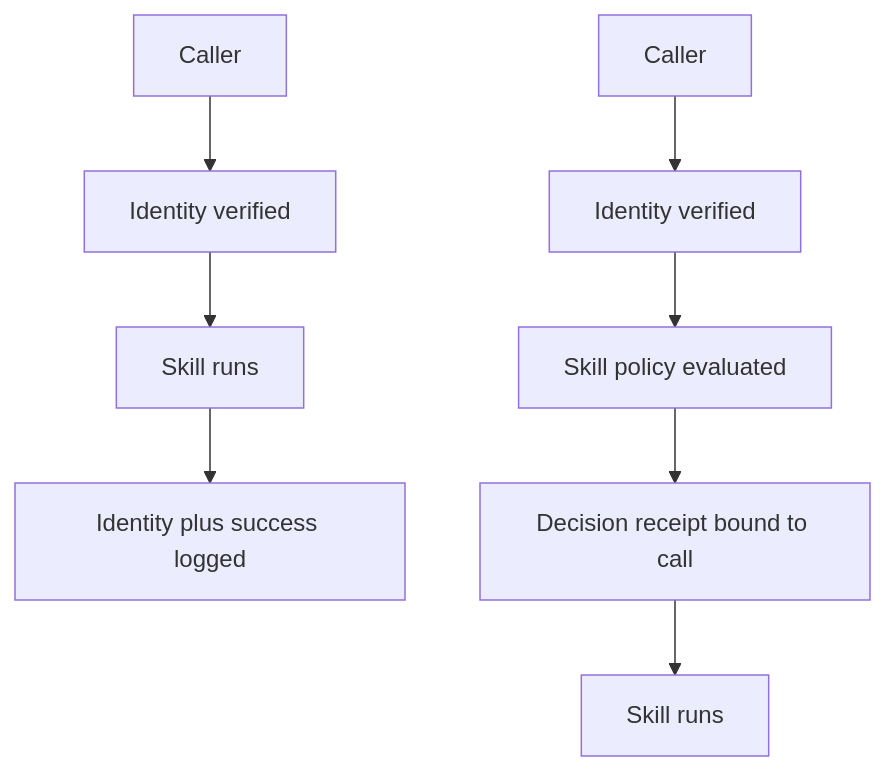
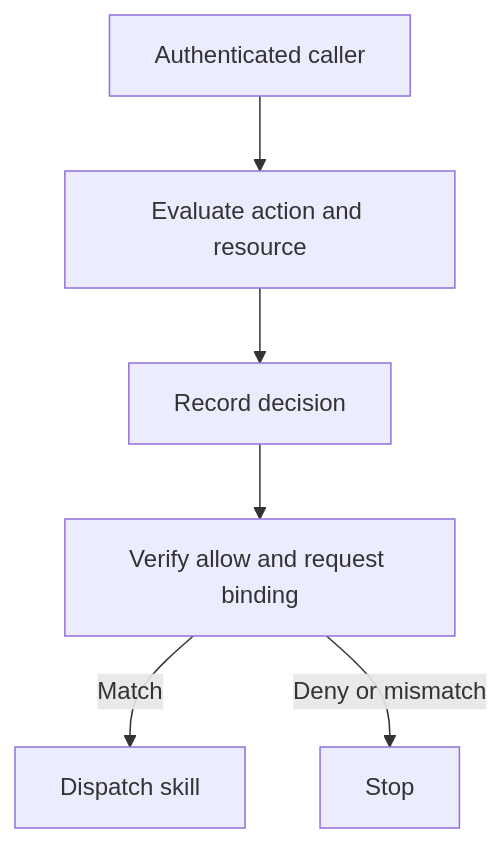
One commit to amoranio/Brief changed the diagram in src/content/posts/a2a-without-a-receipt.md. Above: the diagram before and after it, drawn with Mermaid. The commit also changed other lines of this file and 6 other files, not shown here.

Commit message:
Improve latest briefs and add approval and retrieval architecture pairs (#36)

````diff
--- a/src/content/posts/a2a-without-a-receipt.md
+++ b/src/content/posts/a2a-without-a-receipt.md
@@ -27,11 +25,9 @@
 ```mermaid
-%% caption: Top path records identity and execution but loses the authorization decision; bottom path binds a server-side decision receipt to the skill call before dispatch
+%% caption: The receiving agent records its policy decision and permits dispatch only for a matching allow
 flowchart TD
-  a1[Caller] --> i1[Identity verified]
-  i1 --> s1[Skill runs]
-  s1 --> l1[Identity plus success logged]
-  a2[Caller] --> i2[Identity verified]
-  i2 --> p2[Skill policy evaluated]
-  p2 --> r2[Decision receipt bound to call]
-  r2 --> s2[Skill runs]
+  caller[Authenticated caller] --> policy[Evaluate action and resource]
+  policy --> record[Record decision]
+  record --> gate[Verify allow and request binding]
+  gate -->|Match| run[Dispatch skill]
+  gate -->|Deny or mismatch| stop[Stop]
 ```
````
